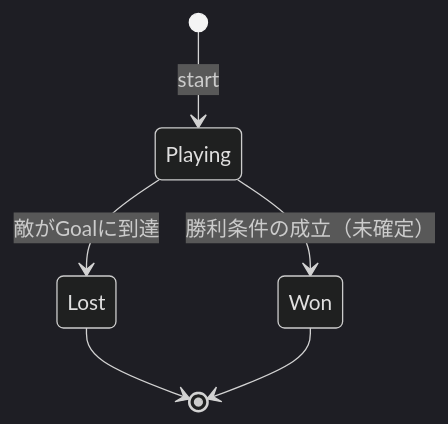
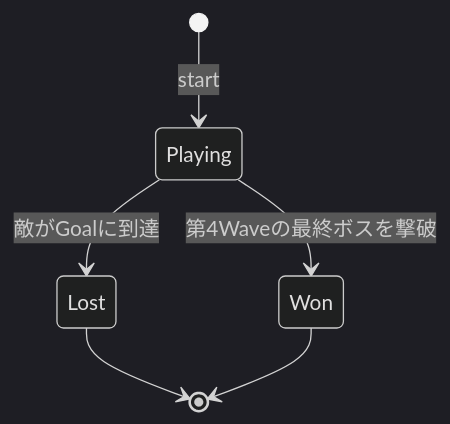
One commit to ukihot/nudra changed the second of 8 diagrams in docs/basic-design.md. Above: the diagram before and after it, drawn with Mermaid (dark theme). The commit also changed other lines of this file and 46 other files, not shown here.

````diff
--- a/docs/basic-design.md
+++ b/docs/basic-design.md
@@ -276,8 +280,8 @@
 ```mermaid
 stateDiagram-v2
     [*] --> Playing : start
     Playing --> Lost : 敵がGoalに到達
-    Playing --> Won : 勝利条件の成立（未確定）
+    Playing --> Won : 第4Waveの最終ボスを撃破
     Lost --> [*]
     Won --> [*]
 ```
````
